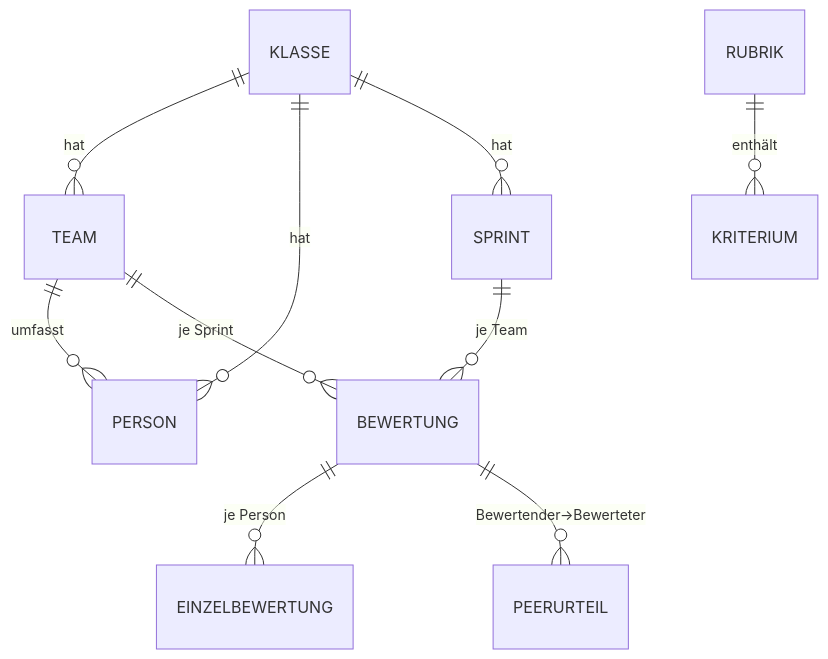
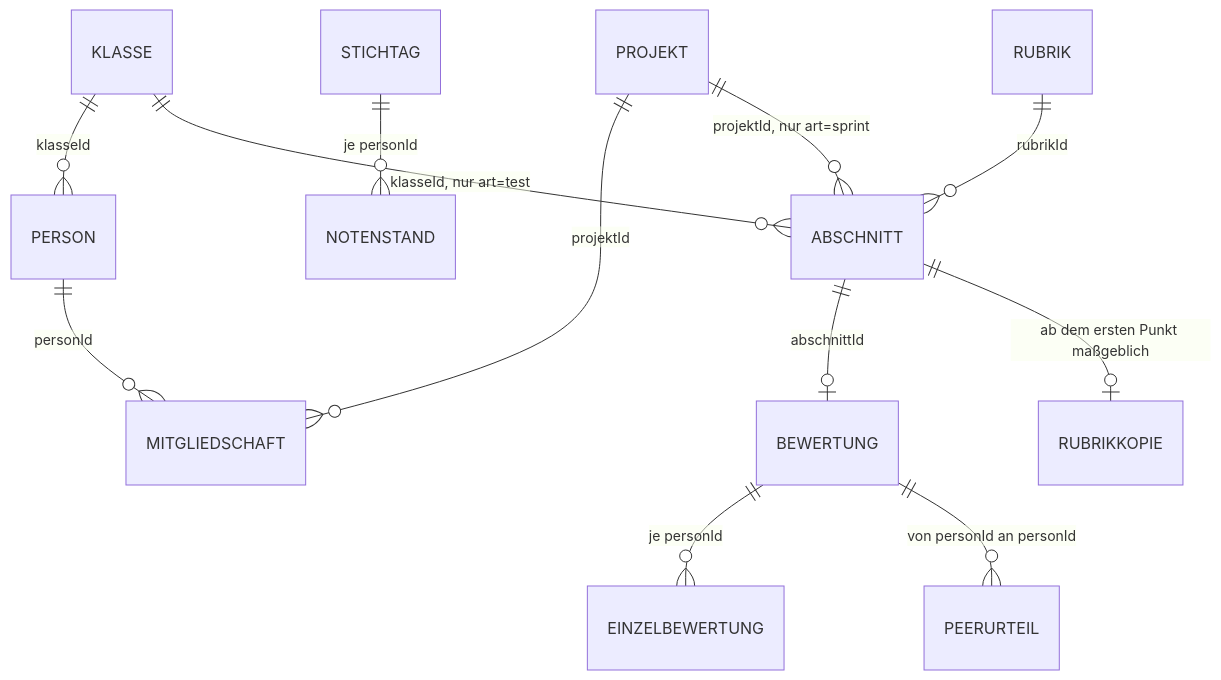
One commit to ghainbucher/pre-syp-prp-bewertung changed the third of 6 diagrams in docs/solution-design.md. Above: the diagram before and after it, drawn with Mermaid. The commit also changed other lines of this file and 83 other files, not shown here.

````diff
--- a/docs/solution-design.md
+++ b/docs/solution-design.md
@@ -147,12 +219,14 @@
 ```mermaid
 erDiagram
-    KLASSE ||--o{ TEAM : "hat"
-    KLASSE ||--o{ PERSON : "hat"
-    KLASSE ||--o{ SPRINT : "hat"
-    TEAM   ||--o{ PERSON : "umfasst"
-    SPRINT ||--o{ BEWERTUNG : "je Team"
-    TEAM   ||--o{ BEWERTUNG : "je Sprint"
-    BEWERTUNG ||--o{ EINZELBEWERTUNG : "je Person"
-    BEWERTUNG ||--o{ PEERURTEIL : "Bewertender→Bewerteter"
-    RUBRIK ||--o{ KRITERIUM : "enthält"
+    KLASSE     ||--o{ PERSON : "klasseId"
+    KLASSE     ||--o{ ABSCHNITT : "klasseId, nur art=test"
+    PERSON     ||--o{ MITGLIEDSCHAFT : "personId"
+    PROJEKT    ||--o{ MITGLIEDSCHAFT : "projektId"
+    PROJEKT    ||--o{ ABSCHNITT : "projektId, nur art=sprint"
+    ABSCHNITT  ||--o| BEWERTUNG : "abschnittId"
+    BEWERTUNG  ||--o{ EINZELBEWERTUNG : "je personId"
+    BEWERTUNG  ||--o{ PEERURTEIL : "von personId an personId"
+    RUBRIK     ||--o{ ABSCHNITT : "rubrikId"
+    ABSCHNITT  ||--o| RUBRIKKOPIE : "ab dem ersten Punkt maßgeblich"
+    STICHTAG   ||--o{ NOTENSTAND : "je personId"
 ```
````
